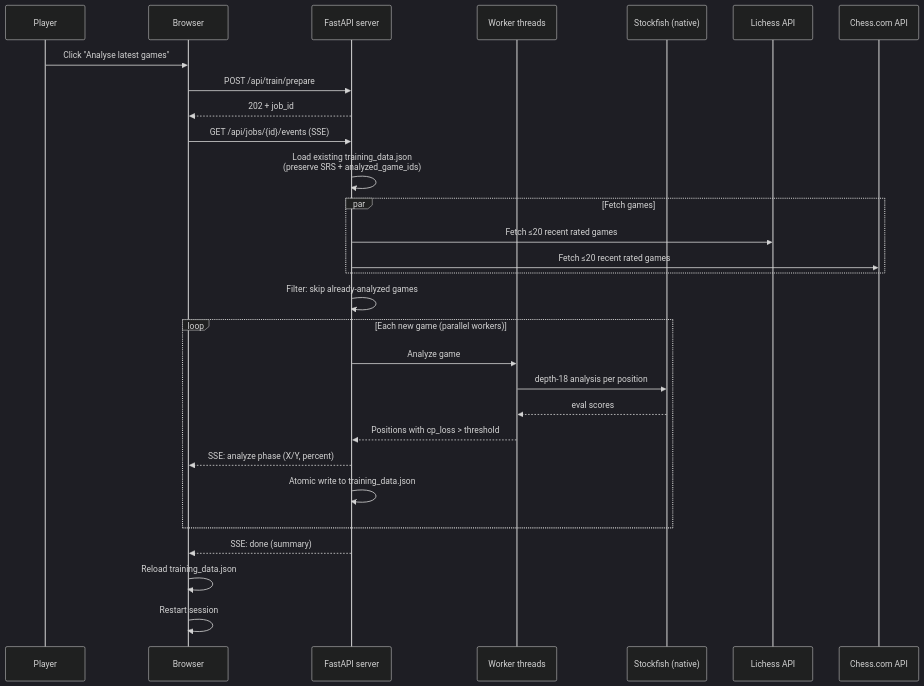
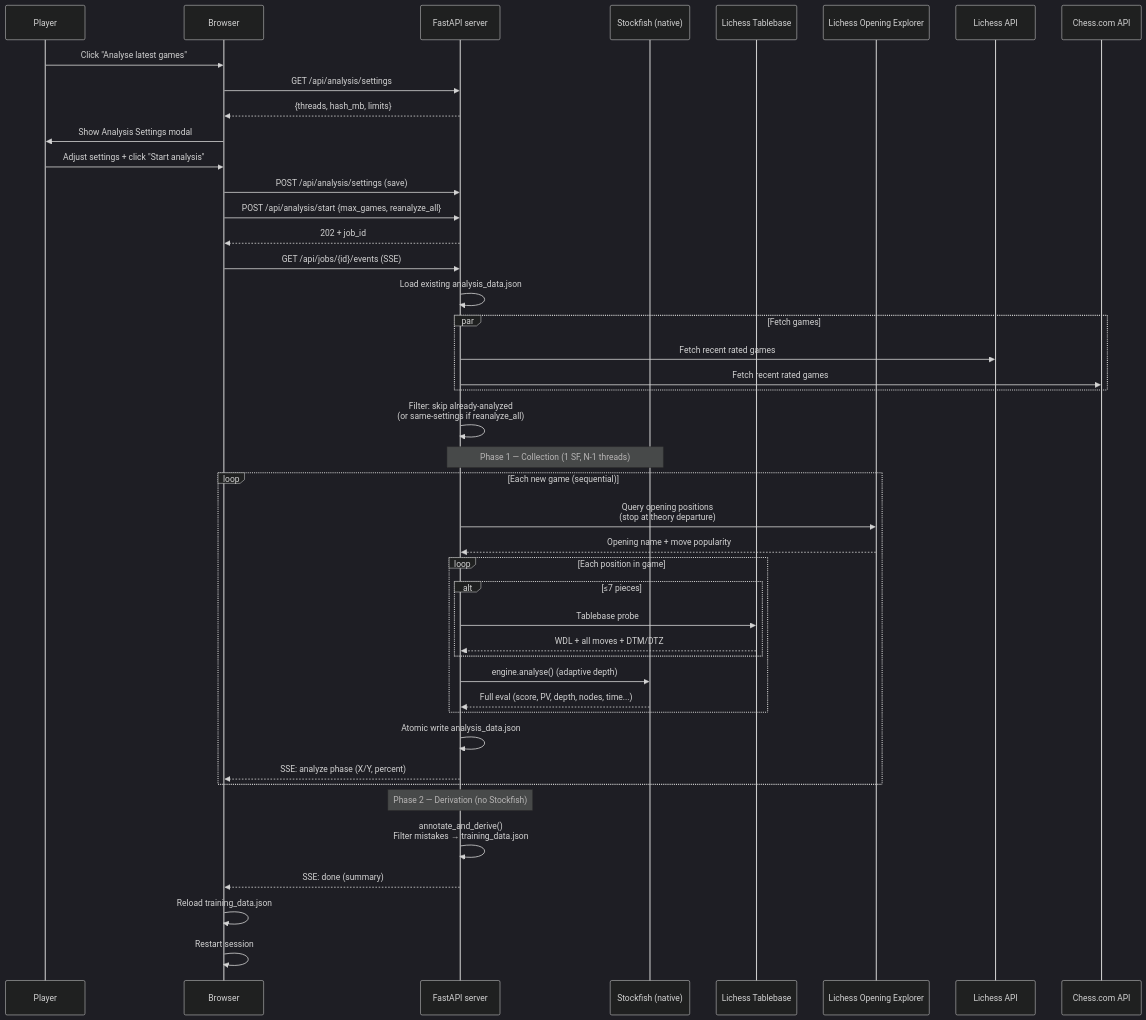
The second of 4 diagrams in docs/flows/user-flows.md (Bobain/chess-opening-prep), drawn with Mermaid (dark theme) before and after one commit. The commit also changed other lines of this file and 2 other files, not shown here.

Commit message:
Update docs: CLI flags, data flows, user flows for new analysis pipeline
- cli.md: add --derive, --threads, --hash, --reanalyze-all, --games=10,
  document two-phase pipeline (collection → derivation)
- data-flows.md: new diagram with Phase 1 (SF + TB + Opening Explorer) →
  analysis_data.json → Phase 2 → training_data.json, document both schemas
- user-flows.md: update "Analyse latest games" sequence with settings modal,
  Opening Explorer, two-phase pipeline, and new API endpoints

````diff
--- a/docs/flows/user-flows.md
+++ b/docs/flows/user-flows.md
@@ -54,37 +54,57 @@
 ```mermaid
 sequenceDiagram
     participant U as Player
     participant PWA as Browser
     participant API as FastAPI server
-    participant W as Worker threads
     participant SF as Stockfish (native)
+    participant TB as Lichess Tablebase
+    participant OE as Lichess Opening Explorer
     participant L as Lichess API
     participant C as Chess.com API
 
     U->>PWA: Click "Analyse latest games"
-    PWA->>API: POST /api/train/prepare
+    PWA->>API: GET /api/analysis/settings
+    API-->>PWA: {threads, hash_mb, limits}
+    PWA->>U: Show Analysis Settings modal
+
+    U->>PWA: Adjust settings + click "Start analysis"
+    PWA->>API: POST /api/analysis/settings (save)
+    PWA->>API: POST /api/analysis/start {max_games, reanalyze_all}
     API-->>PWA: 202 + job_id
     PWA->>API: GET /api/jobs/{id}/events (SSE)
 
-    API->>API: Load existing training_data.json<br/>(preserve SRS + analyzed_game_ids)
+    API->>API: Load existing analysis_data.json
 
     par Fetch games
-        API->>L: Fetch ≤20 recent rated games
-        API->>C: Fetch ≤20 recent rated games
+        API->>L: Fetch recent rated games
+        API->>C: Fetch recent rated games
     end
 
-    API->>API: Filter: skip already-analyzed games
+    API->>API: Filter: skip already-analyzed<br/>(or same-settings if reanalyze_all)
 
-    loop Each new game (parallel workers)
-        API->>W: Analyze game
-        W->>SF: depth-18 analysis per position
-        SF-->>W: eval scores
-        W-->>API: Positions with cp_loss > threshold
+    Note over API,SF: Phase 1 — Collection (1 SF, N-1 threads)
+
+    loop Each new game (sequential)
+        API->>OE: Query opening positions<br/>(stop at theory departure)
+        OE-->>API: Opening name + move popularity
+
+        loop Each position in game
+            alt ≤7 pieces
+                API->>TB: Tablebase probe
+                TB-->>API: WDL + all moves + DTM/DTZ
+            end
+            API->>SF: engine.analyse() (adaptive depth)
+            SF-->>API: Full eval (score, PV, depth, nodes, time...)
+        end
+
+        API->>API: Atomic write analysis_data.json
         API-->>PWA: SSE: analyze phase (X/Y, percent)
-        API->>API: Atomic write to training_data.json
     end
+
+    Note over API: Phase 2 — Derivation (no Stockfish)
+    API->>API: annotate_and_derive()<br/>Filter mistakes → training_data.json
 
     API-->>PWA: SSE: done (summary)
     PWA->>PWA: Reload training_data.json
     PWA->>PWA: Restart session
 ```
````
